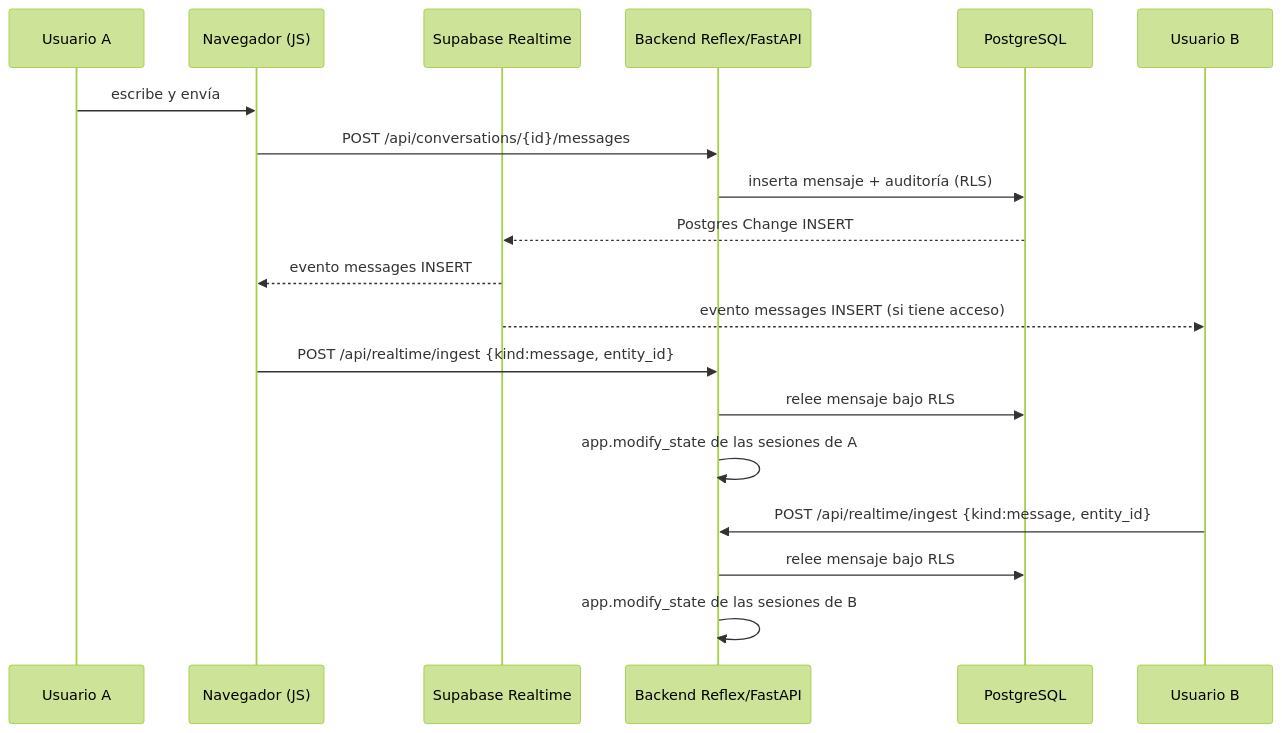
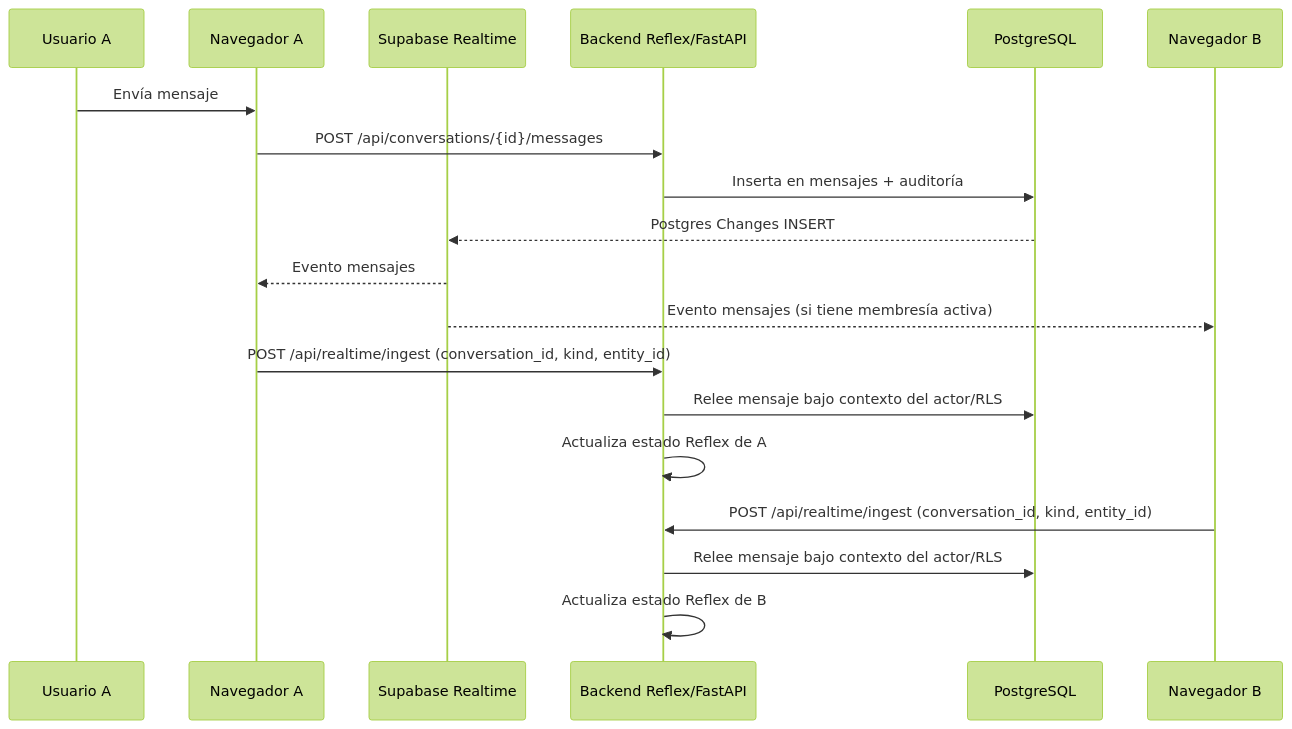
Before and after one commit to Johan409IA/chatly: the first of 3 diagrams in docs/realtime-events.md, drawn with Mermaid (forest theme). The commit also changed other lines of this file and 43 other files, not shown here.

````diff
--- a/docs/realtime-events.md
+++ b/docs/realtime-events.md
@@ -315,22 +510,22 @@
 ```mermaid
 sequenceDiagram
-    participant U as Usuario A
-    participant C as Navegador (JS)
+    participant A as Usuario A
+    participant C as Navegador A
     participant R as Supabase Realtime
     participant B as Backend Reflex/FastAPI
     participant D as PostgreSQL
-    participant V as Usuario B
+    participant U as Navegador B
 
-    U->>C: escribe y envía
+    A->>C: Envía mensaje
     C->>B: POST /api/conversations/{id}/messages
-    B->>D: inserta mensaje + auditoría (RLS)
-    D-->>R: Postgres Change INSERT
-    R-->>C: evento messages INSERT
-    R-->>V: evento messages INSERT (si tiene acceso)
-    C->>B: POST /api/realtime/ingest {kind:message, entity_id}
-    B->>D: relee mensaje bajo RLS
-    B->>B: app.modify_state de las sesiones de A
-    V->>B: POST /api/realtime/ingest {kind:message, entity_id}
-    B->>D: relee mensaje bajo RLS
-    B->>B: app.modify_state de las sesiones de B
+    B->>D: Inserta en mensajes + auditoría
+    D-->>R: Postgres Changes INSERT
+    R-->>C: Evento mensajes
+    R-->>U: Evento mensajes (si tiene membresía activa)
+    C->>B: POST /api/realtime/ingest (conversation_id, kind, entity_id)
+    B->>D: Relee mensaje bajo contexto del actor/RLS
+    B->>B: Actualiza estado Reflex de A
+    U->>B: POST /api/realtime/ingest (conversation_id, kind, entity_id)
+    B->>D: Relee mensaje bajo contexto del actor/RLS
+    B->>B: Actualiza estado Reflex de B
 ```
````
